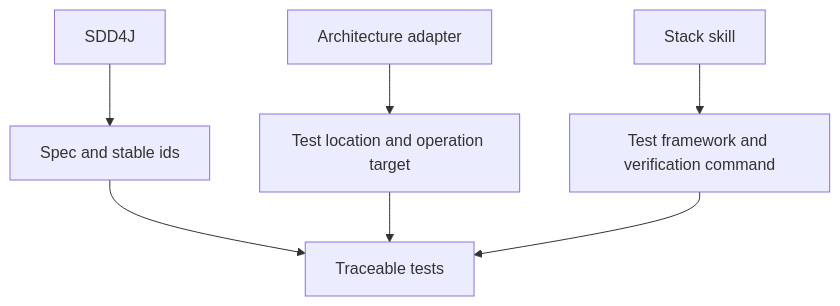
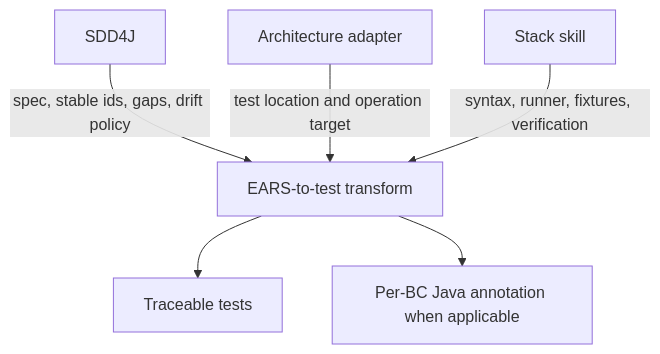
Before and after one commit to dearrudam/agent-skills-01: the second of 2 diagrams in skills/sdd4j-ears-tests/README.md, drawn with Mermaid. The commit also changed other lines of this file, not shown here.

Commit message:
docs(sdd4j-ears-tests): expand skill README

````diff
--- a/skills/sdd4j-ears-tests/README.md
+++ b/skills/sdd4j-ears-tests/README.md
@@ -23,9 +171,8 @@
 ```mermaid
 flowchart TD
-  S[SDD4J] --> A[Spec and stable ids]
-  M[Architecture adapter] --> B[Test location and operation target]
-  T[Stack skill] --> C[Test framework and verification command]
-  A --> D[Traceable tests]
-  B --> D
-  C --> D
+  S[SDD4J] -->|spec, stable ids, gaps, drift policy| X[EARS-to-test transform]
+  A[Architecture adapter] -->|test location and operation target| X
+  K[Stack skill] -->|syntax, runner, fixtures, verification| X
+  X --> R[Traceable tests]
+  X --> J[Per-BC Java annotation when applicable]
 ```
````
